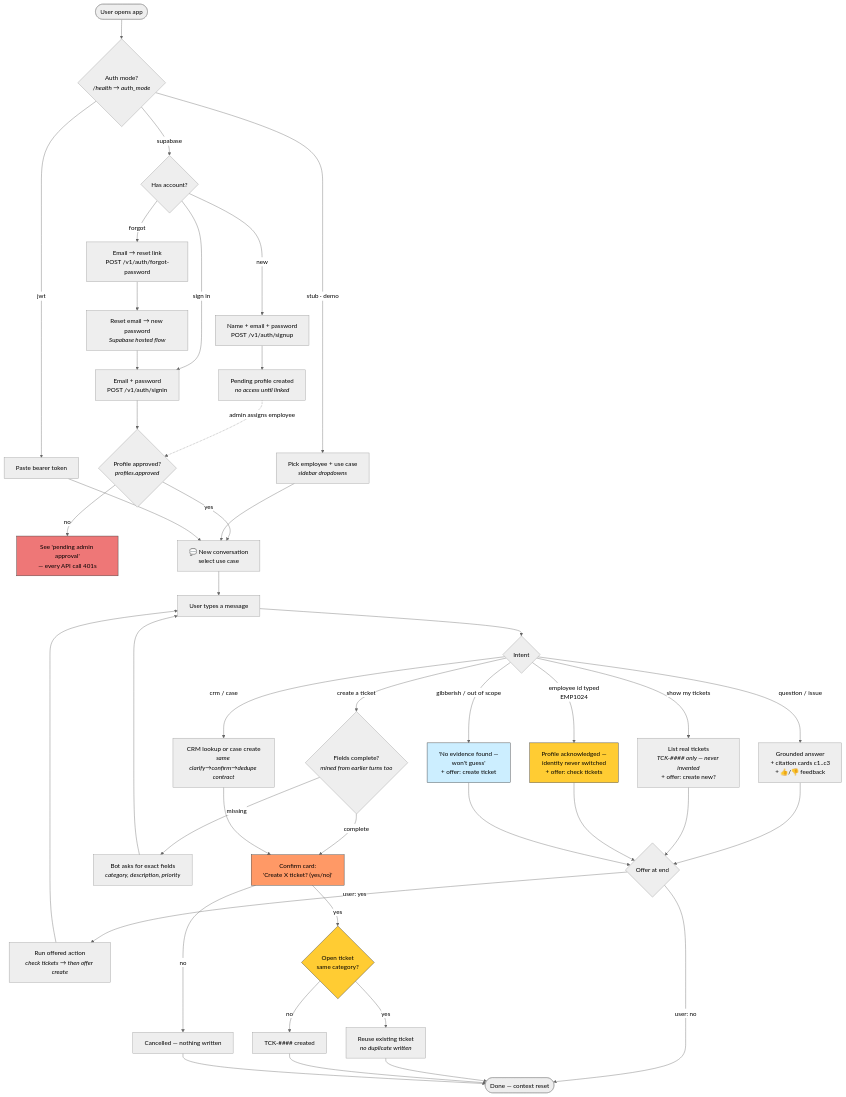
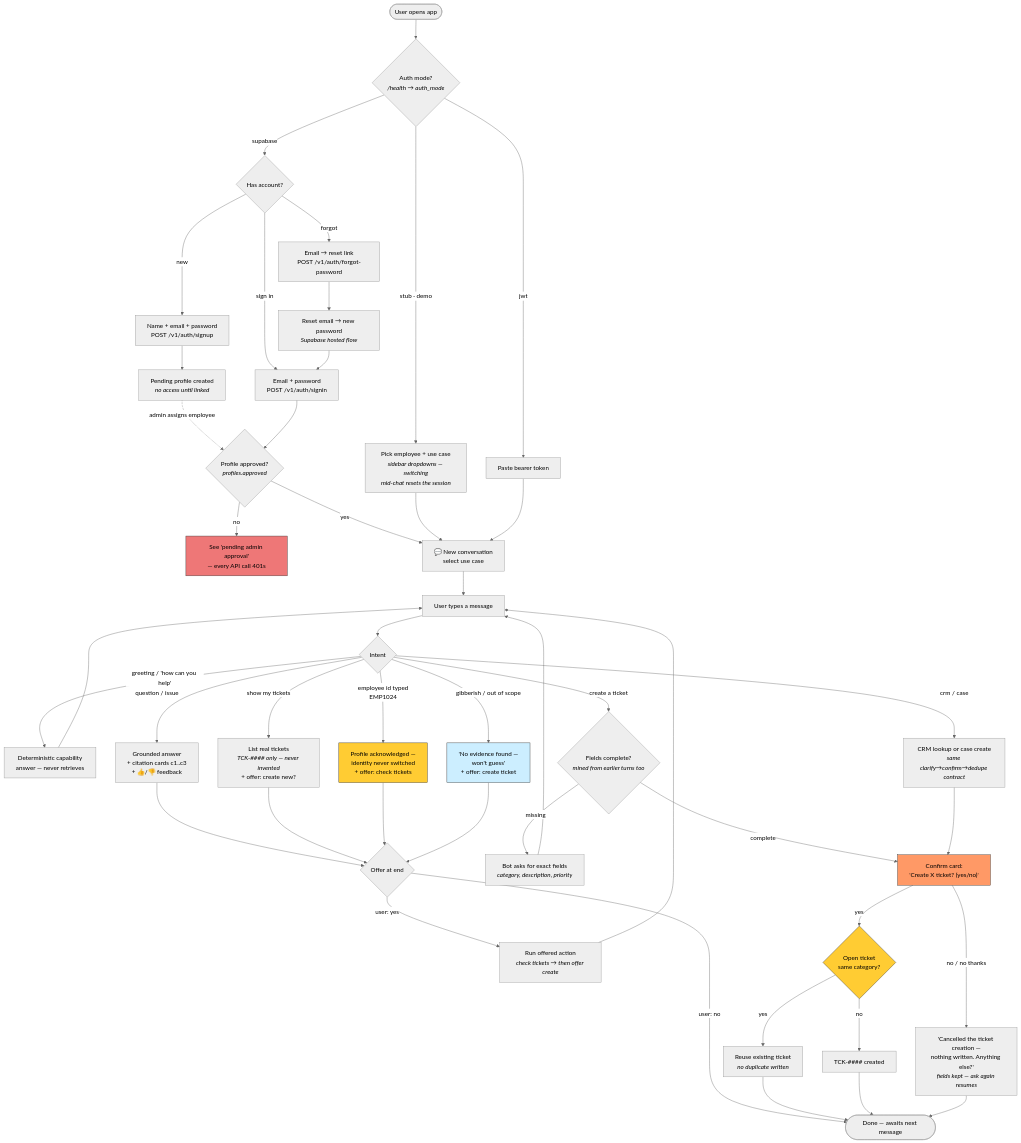
Before and after one commit to abhishekthatguy/regintel-ai: the diagram in docs/diagrams/user-flow.mmd, drawn with Mermaid (neutral theme). The commit also changed 4 other files, not shown here.

First line of the commit message:
Update docs/diagrams/tracker: live HF, pending integrations

```diff
--- a/docs/diagrams/user-flow.mmd
+++ b/docs/diagrams/user-flow.mmd
@@ -1,54 +1,56 @@
 %% RegIntel AI — end-user flow through the app (UI journey, incl. auth + chat)
 flowchart TD
     U([User opens app]) --> MODE{"Auth mode?<br/><i>/health → auth_mode</i>"}
 
-    MODE -->|"stub · demo"| PICK["Pick employee + use case<br/><i>sidebar dropdowns</i>"]
+    MODE -->|"stub · demo"| PICK["Pick employee + use case<br/><i>sidebar dropdowns — switching<br/>mid-chat resets the session</i>"]
     MODE -->|"jwt"| TOK["Paste bearer token"]
     MODE -->|"supabase"| AUTHUI{"Has account?"}
 
     AUTHUI -->|"sign in"| SIGNIN["Email + password<br/>POST /v1/auth/signin"]
     AUTHUI -->|"new"| SIGNUP["Name + email + password<br/>POST /v1/auth/signup"]
     AUTHUI -->|"forgot"| FORGOT["Email → reset link<br/>POST /v1/auth/forgot-password"]
     FORGOT --> EMAIL["Reset email → new password<br/><i>Supabase hosted flow</i>"] --> SIGNIN
     SIGNUP --> PEND["Pending profile created<br/><i>no access until linked</i>"]
     PEND -.->|"admin assigns employee"| APPROVED
     SIGNIN --> APPROVED{"Profile approved?<br/><i>profiles.approved</i>"}
     APPROVED -->|"no"| BLOCKED["See 'pending admin approval'<br/>— every API call 401s"]
     APPROVED -->|"yes"| CHAT
 
     PICK --> CHAT
     TOK --> CHAT
     CHAT["💬 New conversation<br/>select use case"] --> MSG["User types a message"]
 
     MSG --> CLS{"Intent"}
+    CLS -->|"greeting / 'how can you help'"| GREET["Deterministic capability<br/>answer — never retrieves"]
+    GREET --> MSG
     CLS -->|"question / issue"| KA["Grounded answer<br/>+ citation cards c1..c3<br/>+ 👍/👎 feedback"]
     KA --> OFFER{"Offer at end"}
     OFFER -->|"user: yes"| NEXTOFFER["Run offered action<br/><i>check tickets → then offer create</i>"]
-    OFFER -->|"user: no"| IDLE1(["Done — context reset"])
+    OFFER -->|"user: no"| IDLE1(["Done — awaits next message"])
     NEXTOFFER --> MSG
 
     CLS -->|"show my tickets"| TL["List real tickets<br/><i>TCK-#### only — never invented</i><br/>+ offer: create new?"]
     TL --> OFFER
 
     CLS -->|"create a ticket"| MISS{"Fields complete?<br/><i>mined from earlier turns too</i>"}
     MISS -->|"missing"| ASK["Bot asks for exact fields<br/><i>category, description, priority</i>"] --> MSG
     MISS -->|"complete"| CONFIRM["Confirm card:<br/>'Create X ticket? (yes/no)'"]
     CONFIRM -->|"yes"| DEDUP{"Open ticket<br/>same category?"}
     DEDUP -->|"yes"| REUSE["Reuse existing ticket<br/><i>no duplicate written</i>"]
     DEDUP -->|"no"| CREATE["TCK-#### created"]
-    CONFIRM -->|"no"| CANCEL["Cancelled — nothing written"]
+    CONFIRM -->|"no / no thanks"| CANCEL["'Cancelled the ticket creation —<br/>nothing written. Anything else?'<br/><i>fields kept — ask again resumes</i>"]
     REUSE & CREATE & CANCEL --> IDLE1
 
     CLS -->|"employee id typed<br/>EMP1024"| GUARD["Profile acknowledged —<br/>identity never switched<br/>+ offer: check tickets"]
     GUARD --> OFFER
 
     CLS -->|"crm / case"| CRMF["CRM lookup or case create<br/><i>same clarify→confirm→dedupe contract</i>"] --> CONFIRM
 
     CLS -->|"gibberish / out of scope"| HONEST["'No evidence found —<br/>won't guess'<br/>+ offer: create ticket"]
     HONEST --> OFFER
 
     style CONFIRM fill:#f96,stroke:#333
     style DEDUP fill:#fc3,stroke:#333
     style BLOCKED fill:#e77,stroke:#333
     style GUARD fill:#fc3,stroke:#333
     style HONEST fill:#cef,stroke:#333
```
